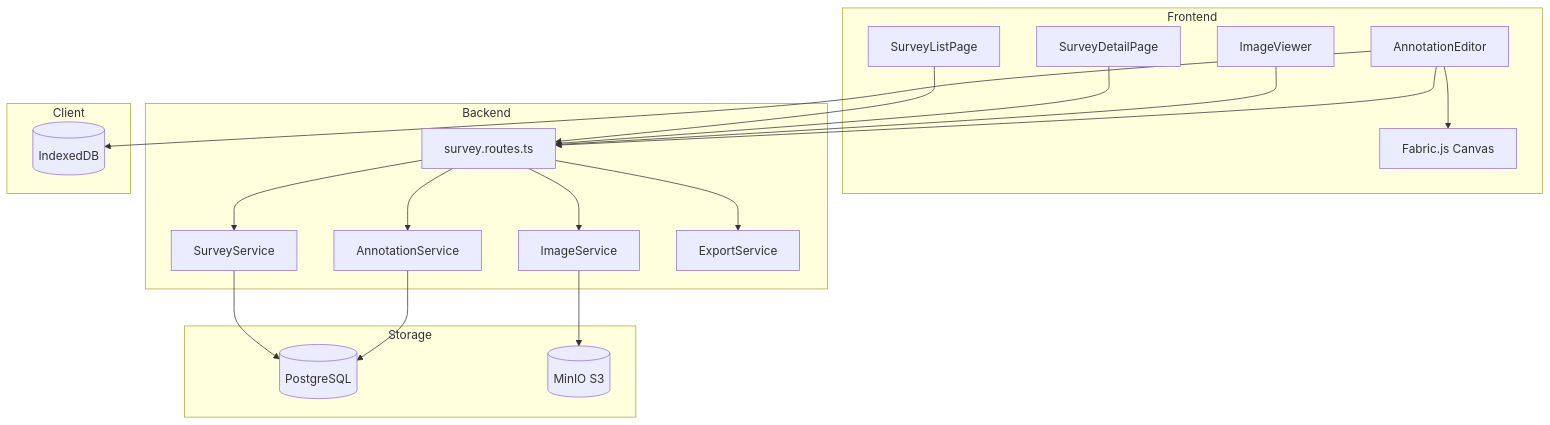
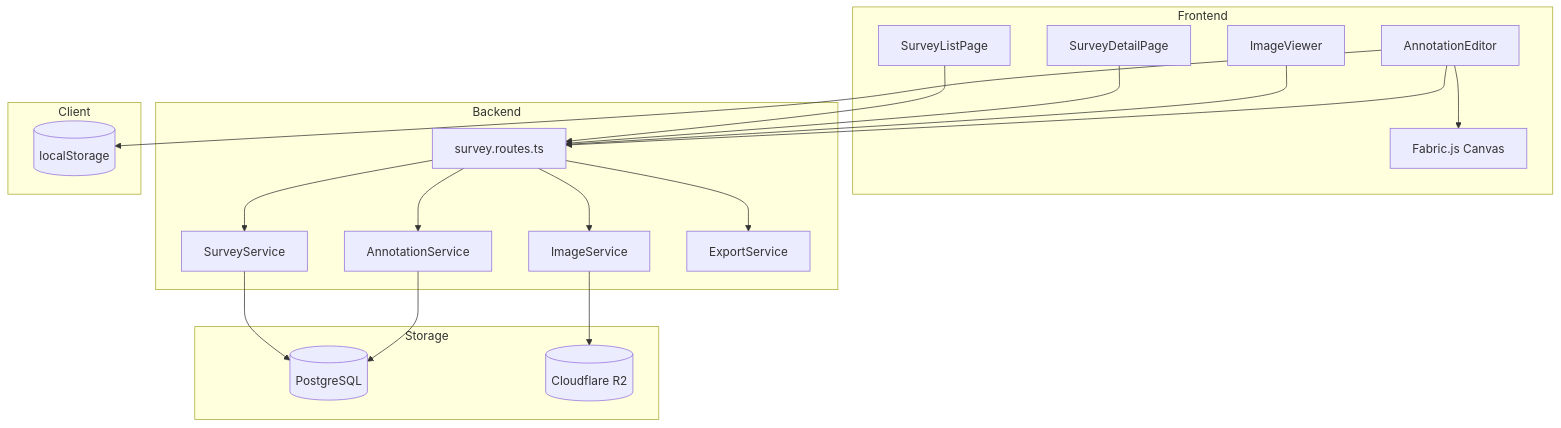
Before and after one commit to inakanou/ArchiTrack: the first of 5 diagrams in .kiro/specs/site-survey/design.md, drawn with Mermaid. The commit also changed other lines of this file and 1 other file, not shown here.

````diff
--- a/.kiro/specs/site-survey/design.md
+++ b/.kiro/specs/site-survey/design.md
@@ -52,44 +52,44 @@
 ```mermaid
 graph TB
     subgraph Frontend
         SurveyListPage[SurveyListPage]
         SurveyDetailPage[SurveyDetailPage]
         ImageViewer[ImageViewer]
         AnnotationEditor[AnnotationEditor]
         CanvasEngine[Fabric.js Canvas]
     end
 
     subgraph Backend
         SurveyRoutes[survey.routes.ts]
         SurveyService[SurveyService]
         ImageService[ImageService]
         AnnotationService[AnnotationService]
         ExportService[ExportService]
     end
 
     subgraph Storage
         PostgreSQL[(PostgreSQL)]
-        MinIO[(MinIO S3)]
+        R2[(Cloudflare R2)]
     end
 
     subgraph Client
-        IndexedDB[(IndexedDB)]
+        LocalStorage[(localStorage)]
     end
 
     SurveyListPage --> SurveyRoutes
     SurveyDetailPage --> SurveyRoutes
     ImageViewer --> SurveyRoutes
     AnnotationEditor --> CanvasEngine
     AnnotationEditor --> SurveyRoutes
 
     SurveyRoutes --> SurveyService
     SurveyRoutes --> ImageService
     SurveyRoutes --> AnnotationService
     SurveyRoutes --> ExportService
 
     SurveyService --> PostgreSQL
-    ImageService --> MinIO
+    ImageService --> R2
     AnnotationService --> PostgreSQL
 
-    AnnotationEditor --> IndexedDB
+    AnnotationEditor --> LocalStorage
 ```
````
